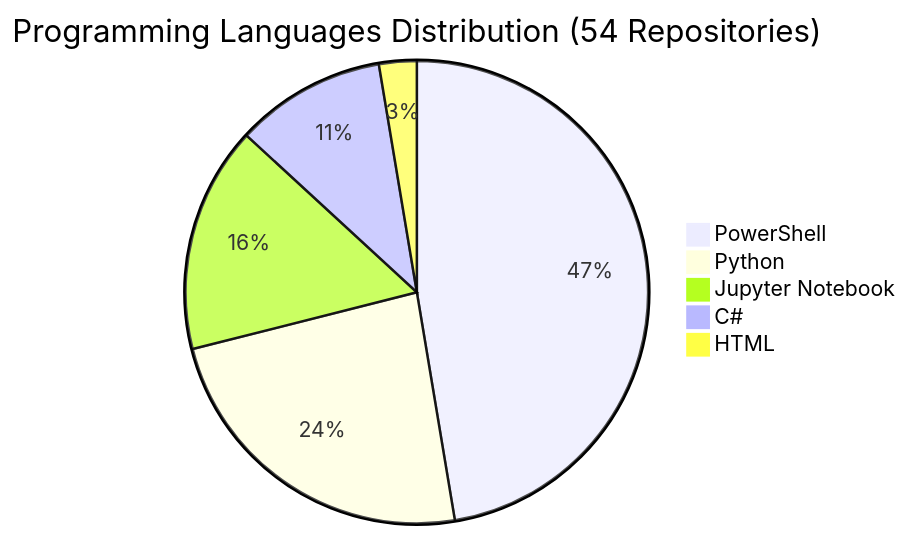
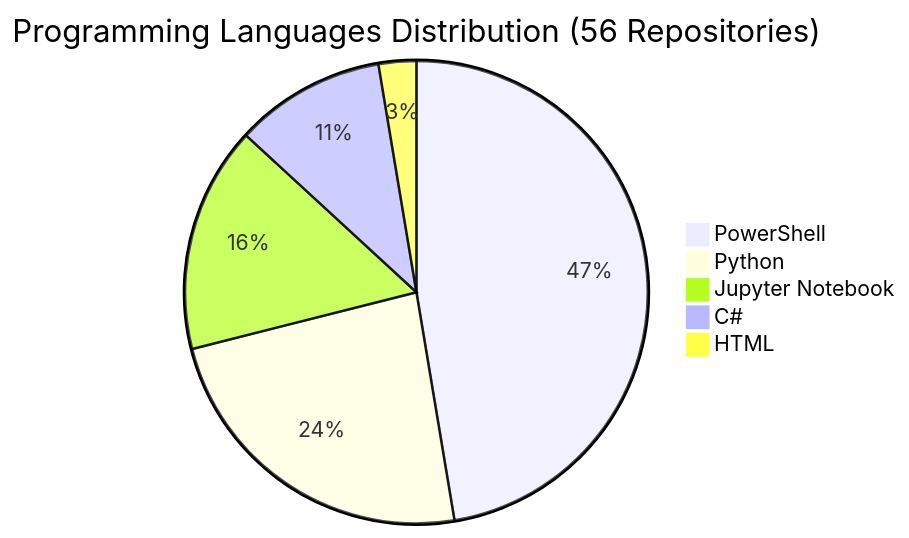
The diagram in REPOS.md (fabioc-aloha/fabioc-aloha), drawn with Mermaid before and after one commit. The commit also changed other lines of this file and 1 other file, not shown here.

````diff
--- a/REPOS.md
+++ b/REPOS.md
@@ -132,8 +134,8 @@
 ```mermaid
-pie title Programming Languages Distribution (54 Repositories)
+pie title Programming Languages Distribution (56 Repositories)
     "PowerShell" : 18
     "Python" : 9
     "Jupyter Notebook" : 6
     "C#" : 4
     "HTML" : 1
 ```
````
